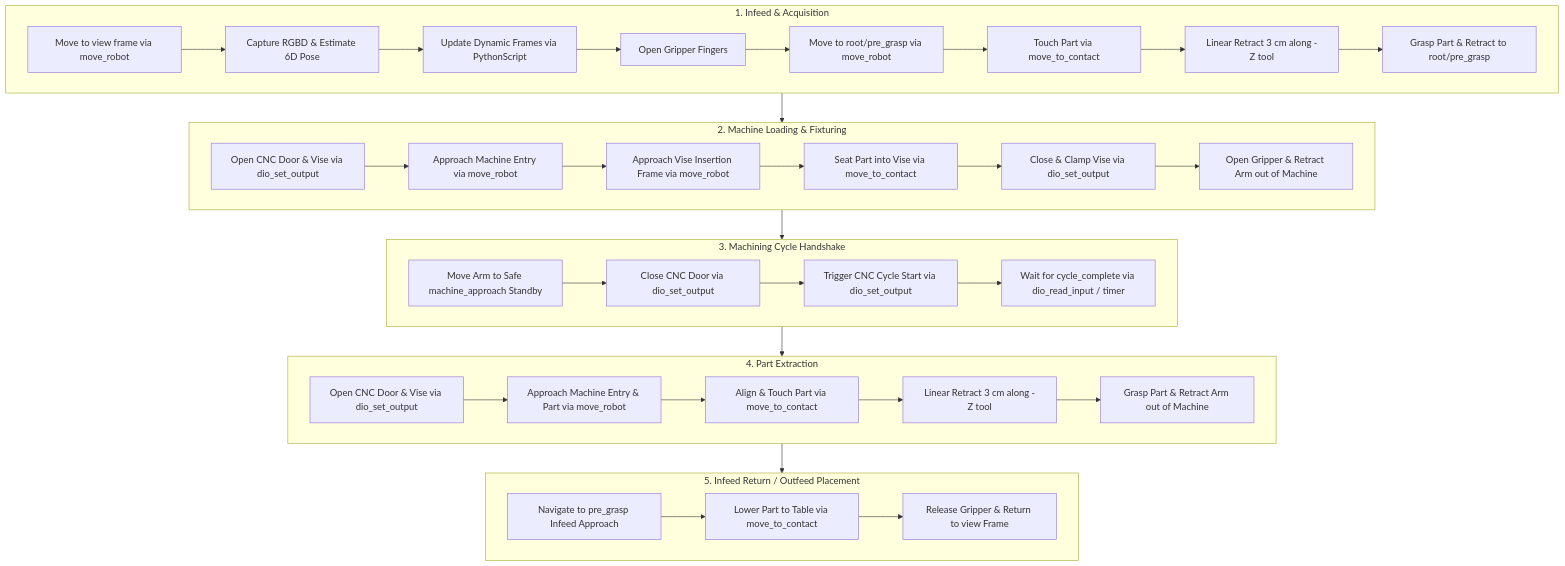
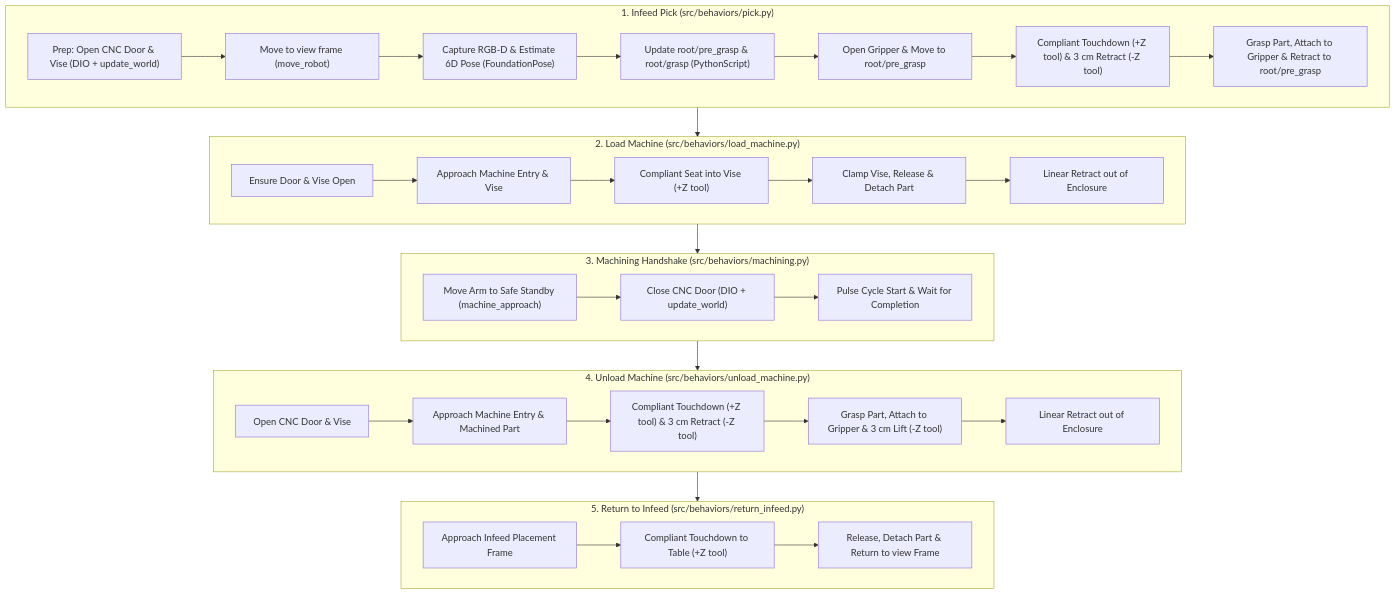
The diagram in README.md (intrinsic-ai/intrinsic-omts), drawn with Mermaid before and after one commit. The commit also changed other lines of this file and 40 other files, not shown here.

Commit message:
Refine documentation for open-source release and remove legacy local path/tool hacks

````diff
--- a/README.md
+++ b/README.md
@@ -21,43 +35,37 @@
 ```mermaid
 flowchart TD
-    subgraph INFEED["1. Infeed & Acquisition"]
-        A1[Move to view frame via move_robot] --> A2[Capture RGBD & Estimate 6D Pose]
-        A2 --> A3[Update Dynamic Frames via PythonScript]
-        A3 --> A4[Open Gripper Fingers]
-        A4 --> A5[Move to root/pre_grasp via move_robot]
-        A5 --> A6[Touch Part via move_to_contact]
-        A6 --> A7[Linear Retract 3 cm along -Z tool]
-        A7 --> A8[Grasp Part & Retract to root/pre_grasp]
+    subgraph INFEED["1. Infeed Pick (src/behaviors/pick.py)"]
+        A1["Prep: Open CNC Door & Vise (DIO + update_world)"] --> A2["Move to view frame (move_robot)"]
+        A2 --> A3["Capture RGB-D & Estimate 6D Pose (FoundationPose)"]
+        A3 --> A4["Update root/pre_grasp & root/grasp (PythonScript)"]
+        A4 --> A5["Open Gripper & Move to root/pre_grasp"]
+        A5 --> A6["Compliant Touchdown (+Z tool) & 3 cm Retract (-Z tool)"]
+        A6 --> A7["Grasp Part, Attach to Gripper & Retract to root/pre_grasp"]
     end
 
-    subgraph CNC_LOAD["2. Machine Loading & Fixturing"]
-        B1[Open CNC Door & Vise via dio_set_output] --> B2[Approach Machine Entry via move_robot]
-        B2 --> B3[Approach Vise Insertion Frame via move_robot]
-        B3 --> B4[Seat Part into Vise via move_to_contact]
-        B4 --> B5[Close & Clamp Vise via dio_set_output]
-        B5 --> B6[Open Gripper & Retract Arm out of Machine]
+    subgraph CNC_LOAD["2. Load Machine (src/behaviors/load_machine.py)"]
+        B1["Ensure Door & Vise Open"] --> B2["Approach Machine Entry & Vise"]
+        B2 --> B3["Compliant Seat into Vise (+Z tool)"]
+        B3 --> B4["Clamp Vise, Release & Detach Part"]
+        B4 --> B5["Linear Retract out of Enclosure"]
     end
 
-    subgraph MACHINING["3. Machining Cycle Handshake"]
-        C1[Move Arm to Safe machine_approach Standby] --> C2[Close CNC Door via dio_set_output]
-        C2 --> C3[Trigger CNC Cycle Start via dio_set_output]
-        C3 --> C4[Wait for cycle_complete via dio_read_input / timer]
+    subgraph MACHINING["3. Machining Handshake (src/behaviors/machining.py)"]
+        C1["Move Arm to Safe Standby (machine_approach)"] --> C2["Close CNC Door (DIO + update_world)"]
+        C2 --> C3["Pulse Cycle Start & Wait for Completion"]
     end
 
-    subgraph CNC_UNLOAD["4. Part Extraction"]
-        D1[Open CNC Door & Vise via dio_set_output] --> D2[Approach Machine Entry & Part via move_robot]
-        D2 --> D3[Align & Touch Part via move_to_contact]
-        D3 --> D4[Linear Retract 3 cm along -Z tool]
-        D4 --> D5[Grasp Part & Retract Arm out of Machine]
+    subgraph CNC_UNLOAD["4. Unload Machine (src/behaviors/unload_machine.py)"]
+        D1["Open CNC Door & Vise"] --> D2["Approach Machine Entry & Machined Part"]
+        D2 --> D3["Compliant Touchdown (+Z tool) & 3 cm Retract (-Z tool)"]
+        D3 --> D4["Grasp Part, Attach to Gripper & 3 cm Lift (-Z tool)"]
+        D4 --> D5["Linear Retract out of Enclosure"]
     end
 
-    subgraph OUTFEED["5. Infeed Return / Outfeed Placement"]
-        E1[Navigate to pre_grasp Infeed Approach] --> E2[Lower Part to Table via move_to_contact]
-        E2 --> E3[Release Gripper & Return to view Frame]
+    subgraph OUTFEED["5. Return to Infeed (src/behaviors/return_infeed.py)"]
+        E1["Approach Infeed Placement Frame"] --> E2["Compliant Touchdown to Table (+Z tool)"]
+        E2 --> E3["Release, Detach Part & Return to view Frame"]
     end
 
-    INFEED --> CNC_LOAD
-    CNC_LOAD --> MACHINING
-    MACHINING --> CNC_UNLOAD
-    CNC_UNLOAD --> OUTFEED
+    INFEED --> CNC_LOAD --> MACHINING --> CNC_UNLOAD --> OUTFEED
 ```
````
